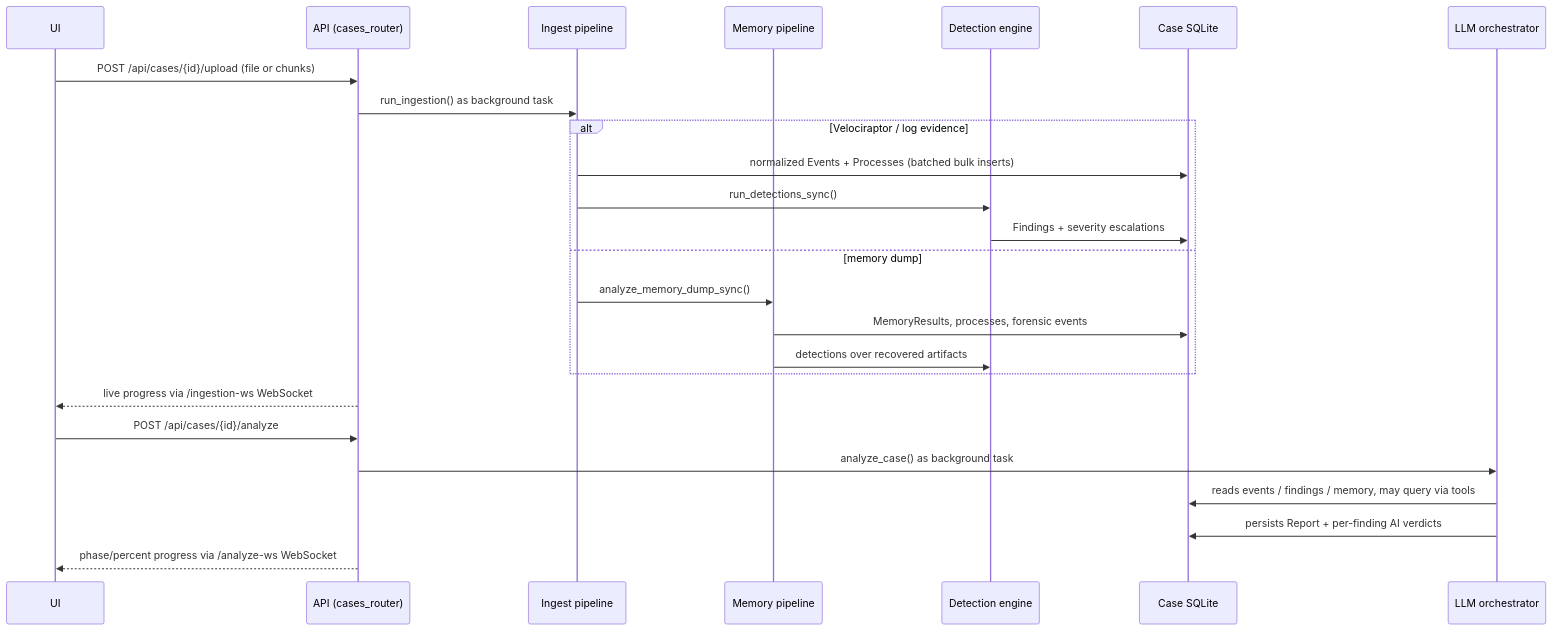
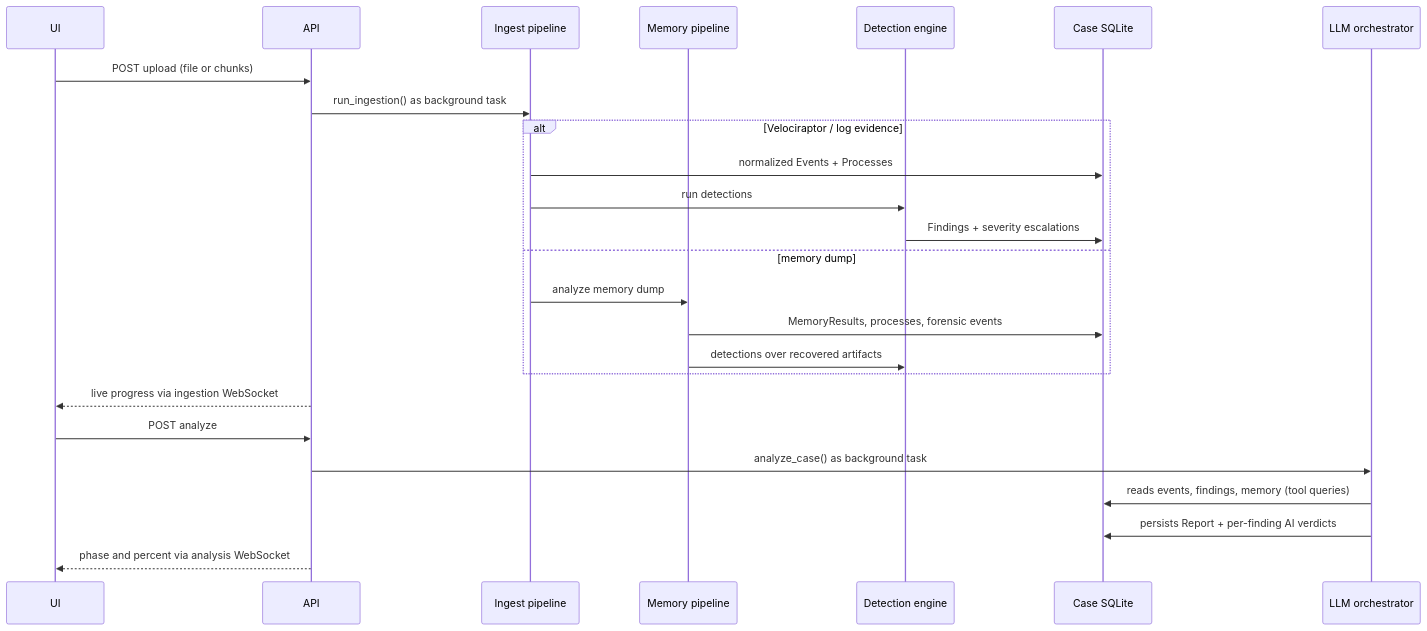
The second of 2 diagrams in docs/ARCHITECTURE.md (Telepatya/Investigator), drawn with Mermaid before and after one commit. The commit also changed other lines of this file, not shown here.

First line of the commit message:
Fix mermaid diagrams not rendering on GitHub

````diff
--- a/docs/ARCHITECTURE.md
+++ b/docs/ARCHITECTURE.md
@@ -103,29 +105,29 @@
 ```mermaid
 sequenceDiagram
     participant U as UI
-    participant A as API (cases_router)
+    participant A as API
     participant I as Ingest pipeline
     participant M as Memory pipeline
     participant D as Detection engine
     participant DB as Case SQLite
     participant O as LLM orchestrator
 
-    U->>A: POST /api/cases/{id}/upload (file or chunks)
+    U->>A: POST upload (file or chunks)
     A->>I: run_ingestion() as background task
     alt Velociraptor / log evidence
-        I->>DB: normalized Events + Processes (batched bulk inserts)
-        I->>D: run_detections_sync()
+        I->>DB: normalized Events + Processes
+        I->>D: run detections
         D->>DB: Findings + severity escalations
     else memory dump
-        I->>M: analyze_memory_dump_sync()
+        I->>M: analyze memory dump
         M->>DB: MemoryResults, processes, forensic events
         M->>D: detections over recovered artifacts
     end
-    A-->>U: live progress via /ingestion-ws WebSocket
+    A-->>U: live progress via ingestion WebSocket
 
-    U->>A: POST /api/cases/{id}/analyze
+    U->>A: POST analyze
     A->>O: analyze_case() as background task
-    O->>DB: reads events / findings / memory, may query via tools
+    O->>DB: reads events, findings, memory (tool queries)
     O->>DB: persists Report + per-finding AI verdicts
-    A-->>U: phase/percent progress via /analyze-ws WebSocket
+    A-->>U: phase and percent via analysis WebSocket
 ```
````
